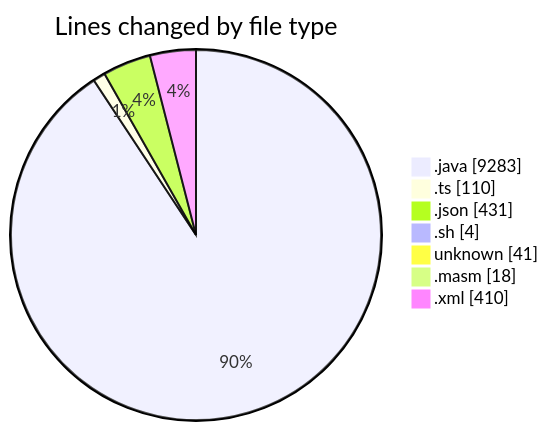
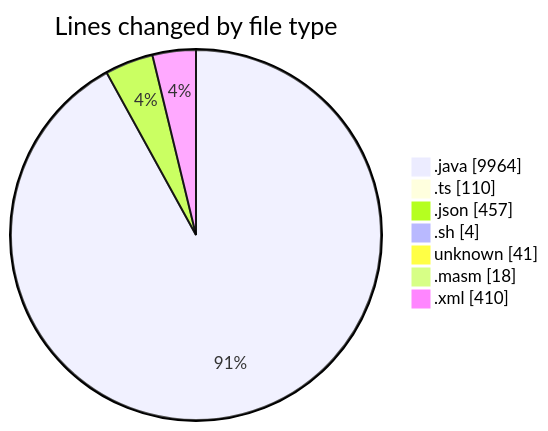
The first of 2 diagrams in 2025-02-20/micros/README.md (charlie-sans/code-tracking), drawn with Mermaid before and after one commit. The commit also changed other lines of this file and 1 other file, not shown here.

````diff
--- a/2025-02-20/micros/README.md
+++ b/2025-02-20/micros/README.md
@@ -55,11 +56,11 @@
 ```mermaid
 pie showData
 title Lines changed by file type
-".java" : 9283
+".java" : 9964
 ".ts" : 110
-".json" : 431
+".json" : 457
 ".sh" : 4
 "unknown" : 41
 ".masm" : 18
 ".xml" : 410
 ```
````
